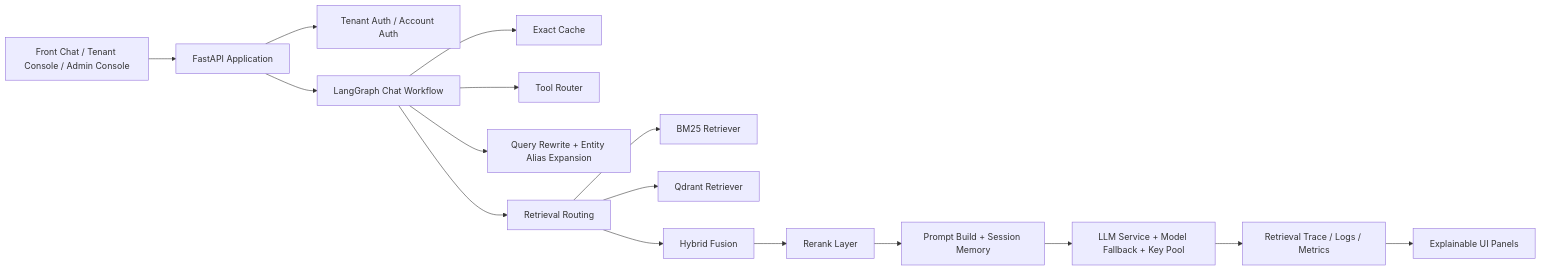
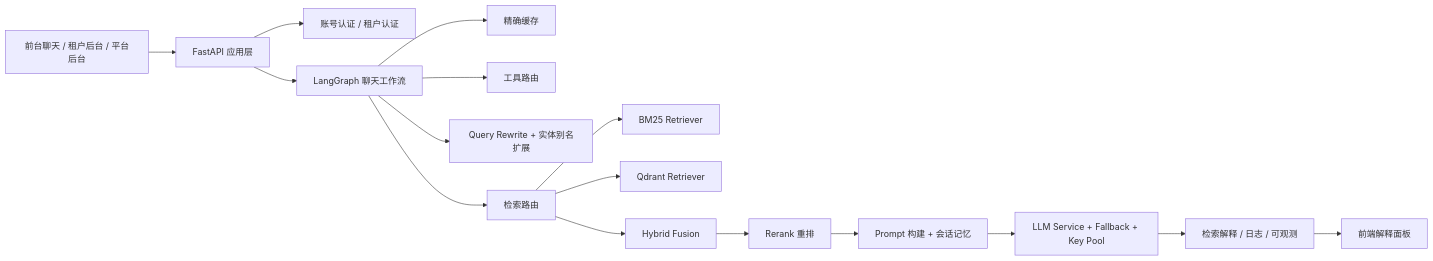
One commit to Mrwu-gui/enterprise-knowledge-copilot changed the diagram in README.md. Above: the diagram before and after it, drawn with Mermaid. The commit also changed other lines of this file, not shown here.

````diff
--- a/README.md
+++ b/README.md
@@ -82,18 +82,18 @@
 ```mermaid
 flowchart LR
-    U["Front Chat / Tenant Console / Admin Console"] --> API["FastAPI Application"]
-    API --> AUTH["Tenant Auth / Account Auth"]
-    API --> WF["LangGraph Chat Workflow"]
-    WF --> CACHE["Exact Cache"]
-    WF --> TOOL["Tool Router"]
-    WF --> REWRITE["Query Rewrite + Entity Alias Expansion"]
-    WF --> ROUTE["Retrieval Routing"]
+    U["前台聊天 / 租户后台 / 平台后台"] --> API["FastAPI 应用层"]
+    API --> AUTH["账号认证 / 租户认证"]
+    API --> WF["LangGraph 聊天工作流"]
+    WF --> CACHE["精确缓存"]
+    WF --> TOOL["工具路由"]
+    WF --> REWRITE["Query Rewrite + 实体别名扩展"]
+    WF --> ROUTE["检索路由"]
     ROUTE --> BM25["BM25 Retriever"]
     ROUTE --> QDRANT["Qdrant Retriever"]
     ROUTE --> HYBRID["Hybrid Fusion"]
-    HYBRID --> RERANK["Rerank Layer"]
-    RERANK --> PROMPT["Prompt Build + Session Memory"]
-    PROMPT --> LLM["LLM Service + Model Fallback + Key Pool"]
-    LLM --> TRACE["Retrieval Trace / Logs / Metrics"]
-    TRACE --> UI["Explainable UI Panels"]
+    HYBRID --> RERANK["Rerank 重排"]
+    RERANK --> PROMPT["Prompt 构建 + 会话记忆"]
+    PROMPT --> LLM["LLM Service + Fallback + Key Pool"]
+    LLM --> TRACE["检索解释 / 日志 / 可观测"]
+    TRACE --> UI["前端解释面板"]
 ```
````
